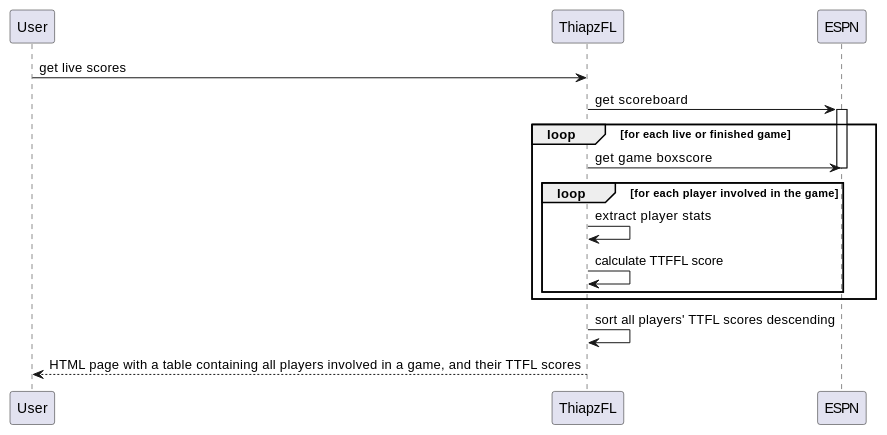
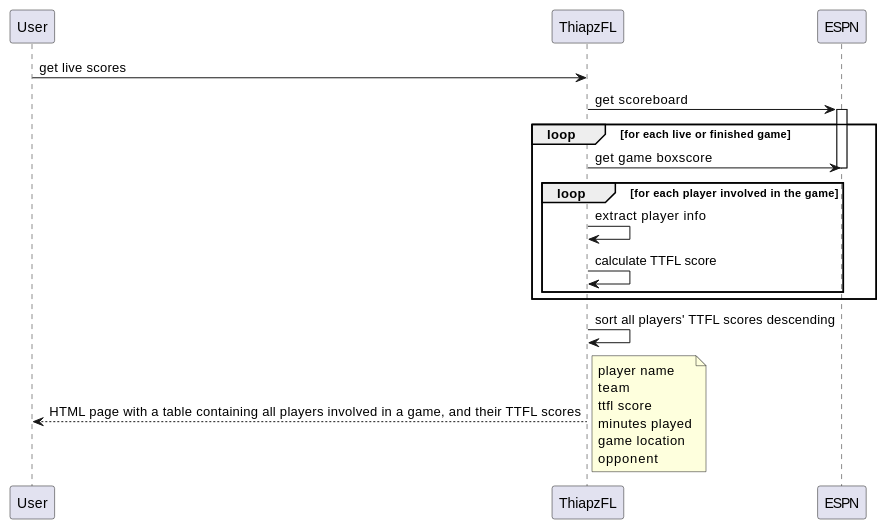
The third of 3 diagrams in README.md (sallareznov/tefl), drawn with PlantUML before and after one commit. The commit also changed other lines of this file, not shown here.

````diff
--- a/README.md
+++ b/README.md
@@ -40,17 +40,25 @@
 ```plantuml
 @startuml
 User->ThiapzFL: get live scores
 ThiapzFL->ESPN: get scoreboard
 activate ESPN
 loop for each live or finished game
   ThiapzFL->ESPN: get game boxscore
   deactivate ESPN
   loop for each player involved in the game
-    ThiapzFL->ThiapzFL: extract player stats
-    ThiapzFL->ThiapzFL: calculate TTFFL score
+    ThiapzFL->ThiapzFL: extract player info
+    ThiapzFL->ThiapzFL: calculate TTFL score
   end loop
 end loop
 ThiapzFL->ThiapzFL: sort all players' TTFL scores descending
-ThiapzFL-->User: HTML page with a table containing all players involved in a game, and their TTFL scores 
+ThiapzFL-->User: HTML page with a table containing all players involved in a game, and their TTFL scores
+note right 
+player name
+team
+ttfl score
+minutes played
+game location
+opponent
+end note 
 @enduml
 ```
````
